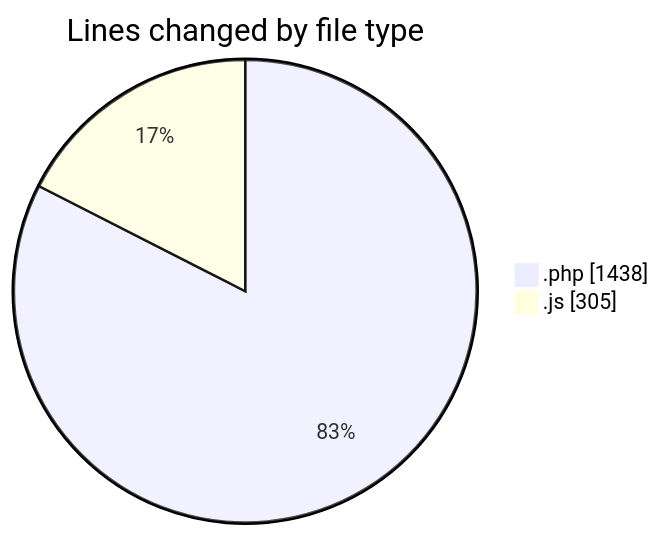
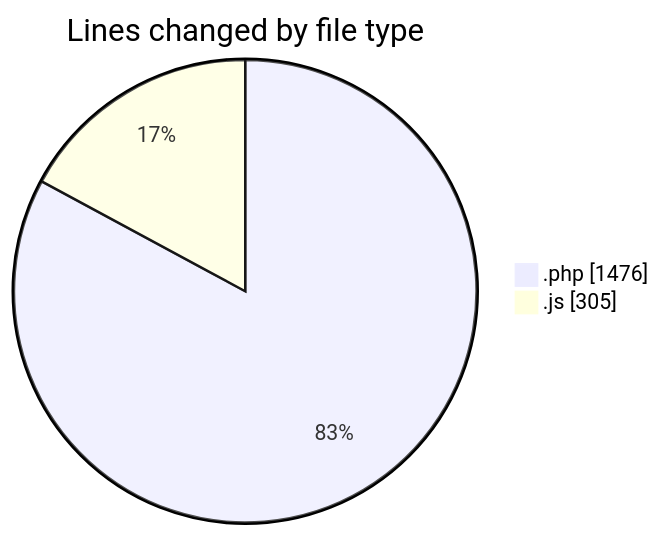
The first of 2 diagrams in 2026-07-28/untitled__workspace_/README.md (debugP/code-tracking), drawn with Mermaid before and after one commit. The commit also changed other lines of this file and 1 other file, not shown here.

````diff
--- a/2026-07-28/untitled__workspace_/README.md
+++ b/2026-07-28/untitled__workspace_/README.md
@@ -22,6 +22,6 @@
 ```mermaid
 pie showData
 title Lines changed by file type
-".php" : 1438
+".php" : 1476
 ".js" : 305
 ```
````
